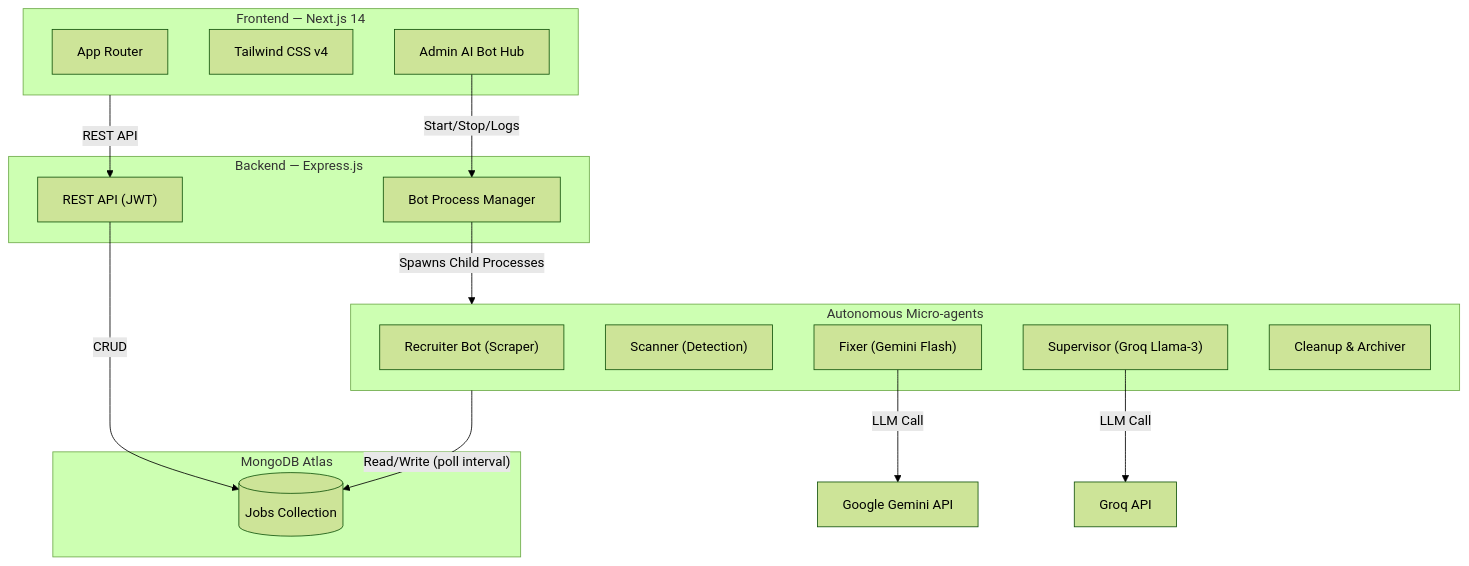
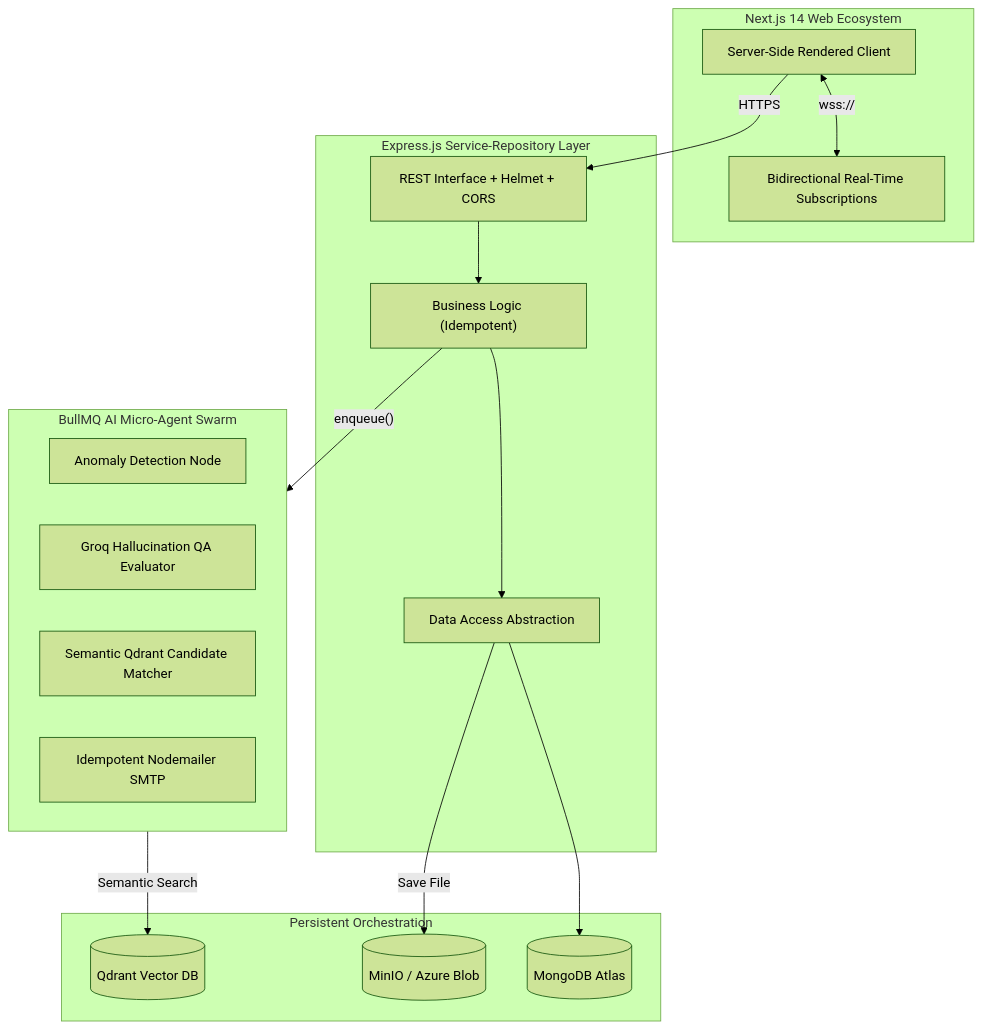
The diagram in README.md (soumik2441139/hackathon), drawn with Mermaid (forest theme) before and after one commit. The commit also changed other lines of this file and 51 other files, not shown here.

Commit message:
feat(architecture): God-Tier modular refactoring, triple-redis queue, vector search, security hardening

````diff
--- a/README.md
+++ b/README.md
@@ -75,34 +31,33 @@
 ```mermaid
 graph TD
-    subgraph Frontend["Frontend — Next.js 14"]
-        AppRouter["App Router"]
-        TW["Tailwind CSS v4"]
-        AdminDashboard["Admin AI Bot Hub"]
+    subgraph Client["Next.js 14 Web Ecosystem"]
+        Frontend["Server-Side Rendered Client"]
+        WebSocket["Bidirectional Real-Time Subscriptions"]
     end
 
-    subgraph Backend["Backend — Express.js"]
-        API["REST API (JWT)"]
-        BotSpawner["Bot Process Manager"]
+    subgraph Controller["Express.js Service-Repository Layer"]
+        API["REST Interface + Helmet + CORS"]
+        Services["Business Logic (Idempotent)"]
+        Repo["Data Access Abstraction"]
     end
 
-    subgraph Database["MongoDB Atlas"]
-        Jobs[(Jobs Collection)]
+    subgraph State["Persistent Orchestration"]
+        Mongo[(MongoDB Atlas)]
+        Qdrant[(Qdrant Vector DB)]
+        S3[(MinIO / Azure Blob)]
     end
 
-    subgraph AI_Ecosystem["Autonomous Micro-agents"]
-        Bot0["Recruiter Bot (Scraper)"]
-        Bot1["Scanner (Detection)"]
-        Bot2["Fixer (Gemini Flash)"]
-        Bot3["Supervisor (Groq Llama-3)"]
-        Bot4["Cleanup & Archiver"]
+    subgraph Workers["BullMQ AI Micro-Agent Swarm"]
+        Scan["Anomaly Detection Node"]
+        Groq["Groq Hallucination QA Evaluator"]
+        Match["Semantic Qdrant Candidate Matcher"]
+        Mail["Idempotent Nodemailer SMTP"]
     end
 
-    Frontend -->|"REST API"| API
-    AdminDashboard -->|"Start/Stop/Logs"| BotSpawner
-    BotSpawner -->|"Spawns Child Processes"| AI_Ecosystem
-    API -->|"CRUD"| Jobs
-    AI_Ecosystem -->|"Read/Write (poll interval)"| Jobs
-    
-    Bot2 -->|"LLM Call"| Gemini["Google Gemini API"]
-    Bot3 -->|"LLM Call"| Groq["Groq API"]
+    Frontend <-->|"wss://"| WebSocket
+    Frontend -->|"HTTPS"| API
+    API --> Services --> Repo --> Mongo
+    Services -->|"enqueue()"| Workers
+    Workers -->|"Semantic Search"| Qdrant
+    Repo -->|"Save File"| S3
 ```
````
